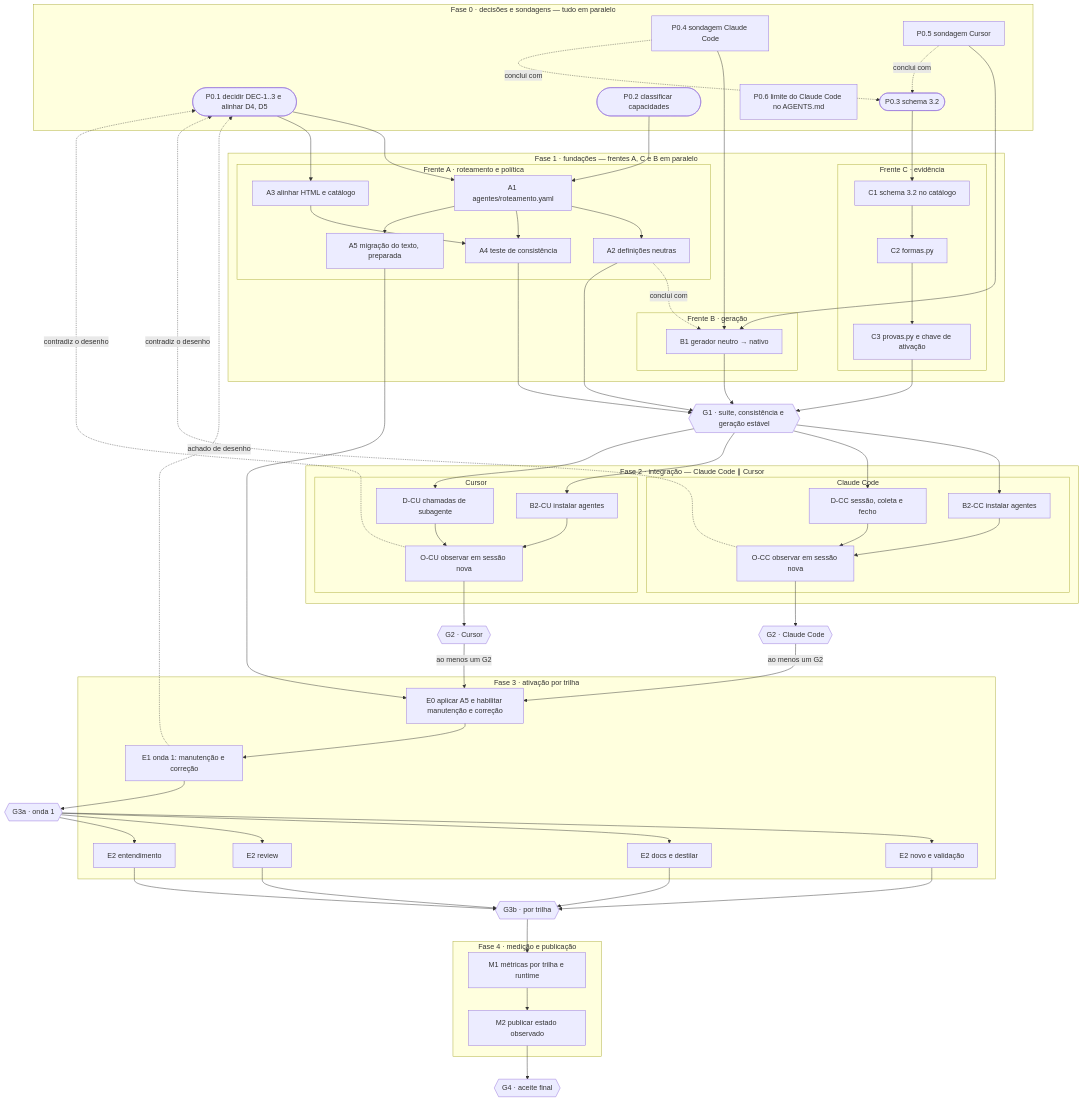
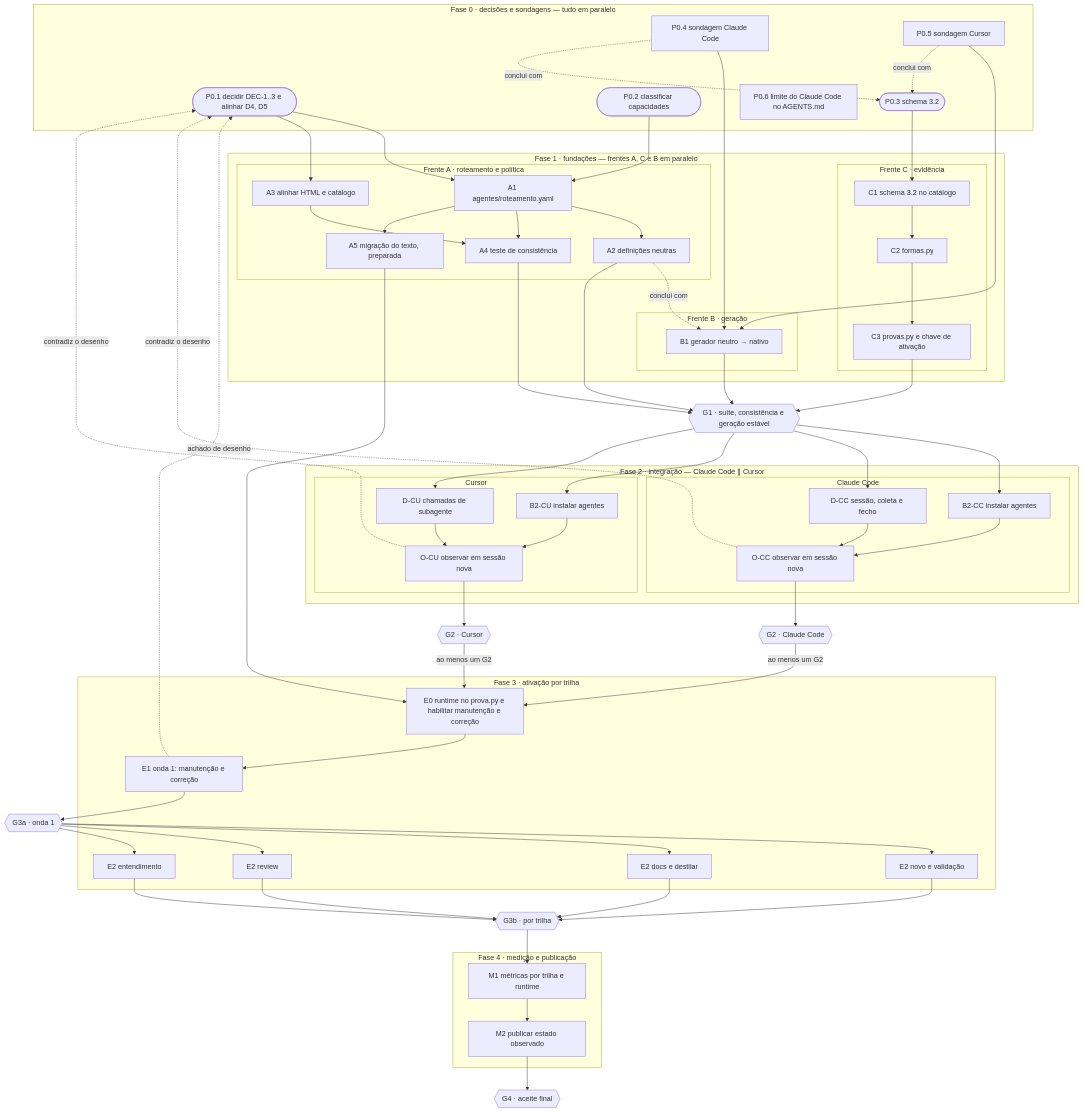
One commit to Bruno-Primesz-Lauria/avante-harness-engineer changed the first of 2 diagrams in PLANO-AGENTES-TRILHAS.md. Above: the diagram before and after it, drawn with Mermaid. The commit also changed other lines of this file and 6 other files, not shown here.

```diff
--- a/PLANO-AGENTES-TRILHAS.md
+++ b/PLANO-AGENTES-TRILHAS.md
@@ -310,7 +315,7 @@
   G2CU{{"G2 · Cursor"}}
 
   subgraph F3["Fase 3 · ativação por trilha"]
-    E0["E0 aplicar A5 e habilitar manutenção e correção"]
+    E0["E0 runtime no prova.py e habilitar manutenção e correção"]
     E1["E1 onda 1: manutenção e correção"]
     E2N["E2 novo e validação"]
     E2D["E2 docs e destilar"]
```
